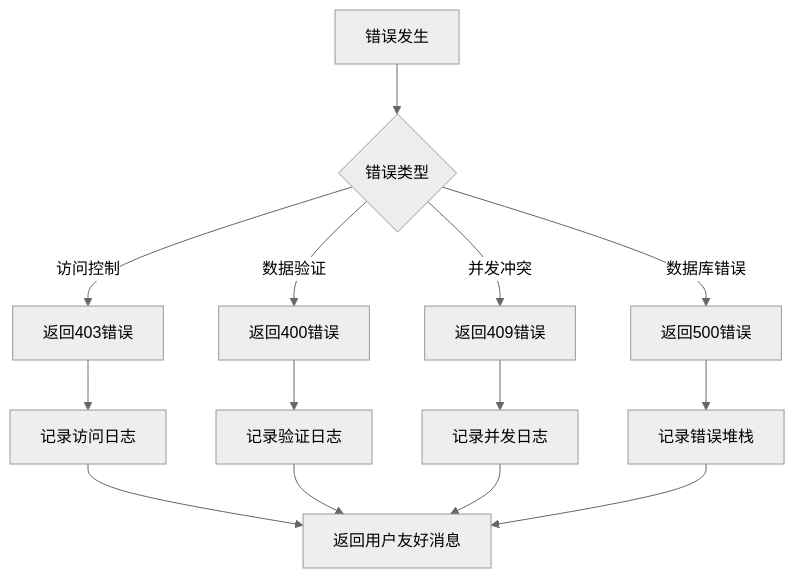
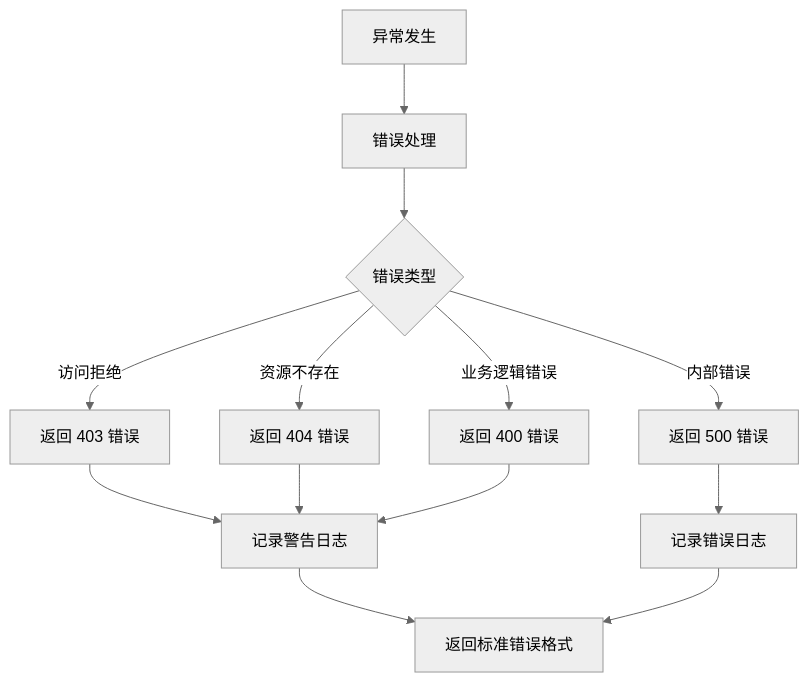
The ninth of 9 diagrams in apps/backend/src/common/services/conversation/README.md (zhiyue/infinite-scribe), drawn with Mermaid (neutral theme) before and after one commit. The commit also changed other lines of this file and 1 other file, not shown here.

````diff
--- a/apps/backend/src/common/services/conversation/README.md
+++ b/apps/backend/src/common/services/conversation/README.md
@@ -263,16 +295,18 @@
 ```mermaid
 graph TD
-    A[错误发生] --> B{错误类型}
-    B -->|访问控制| C[返回403错误]
-    B -->|数据验证| D[返回400错误]
-    B -->|并发冲突| E[返回409错误]
-    B -->|数据库错误| F[返回500错误]
-    C --> G[记录访问日志]
-    D --> H[记录验证日志]
-    E --> I[记录并发日志]
-    F --> J[记录错误堆栈]
-    G --> K[返回用户友好消息]
-    H --> K
-    I --> K
-    J --> K
+    A[异常发生] --> B[错误处理]
+    B --> C{错误类型}
+    
+    C -->|访问拒绝| D[返回 403 错误]
+    C -->|资源不存在| E[返回 404 错误]
+    C -->|业务逻辑错误| F[返回 400 错误]
+    C -->|内部错误| G[返回 500 错误]
+    
+    D --> H[记录警告日志]
+    E --> H
+    F --> H
+    G --> I[记录错误日志]
+    
+    H --> J[返回标准错误格式]
+    I --> J
 ```
````
